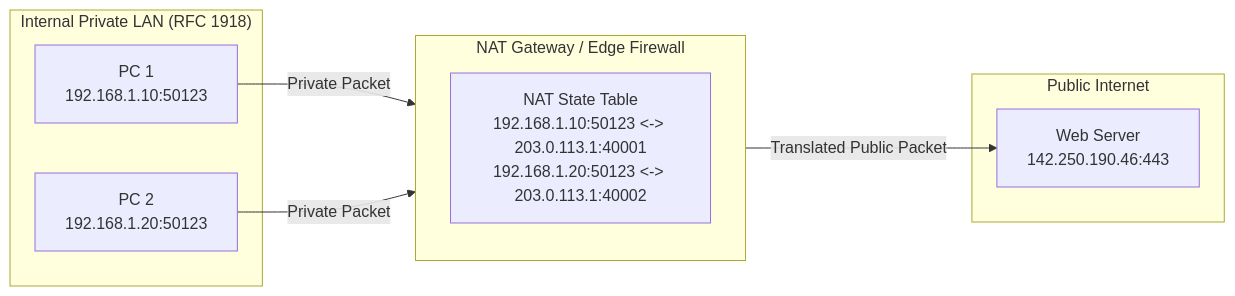
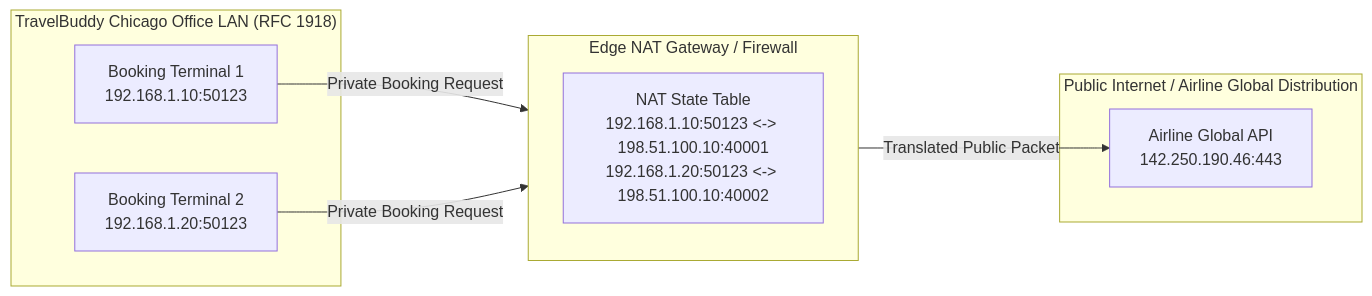
The second of 5 diagrams in content/docs/computer-networking/03-ip-addressing-and-routing/02-dhcp-nat-ipv6-interfaces.mdx (1345AbhishekKumar/cs-cookbook), drawn with Mermaid before and after one commit. The commit also changed other lines of this file and 124 other files, not shown here.

````diff
--- a/content/docs/computer-networking/03-ip-addressing-and-routing/02-dhcp-nat-ipv6-interfaces.mdx
+++ b/content/docs/computer-networking/03-ip-addressing-and-routing/02-dhcp-nat-ipv6-interfaces.mdx
@@ -105,19 +115,19 @@
 ```mermaid
 flowchart LR
-    subgraph LAN ["Internal Private LAN (RFC 1918)"]
-        PC1["PC 1<br/>192.168.1.10:50123"]
-        PC2["PC 2<br/>192.168.1.20:50123"]
+    subgraph LAN ["TravelBuddy Chicago Office LAN (RFC 1918)"]
+        PC1["Booking Terminal 1<br/>192.168.1.10:50123"]
+        PC2["Booking Terminal 2<br/>192.168.1.20:50123"]
     end
 
-    subgraph ROUTER ["NAT Gateway / Edge Firewall"]
-        NAT_TAB["NAT State Table<br/>192.168.1.10:50123 <-> 203.0.113.1:40001<br/>192.168.1.20:50123 <-> 203.0.113.1:40002"]
+    subgraph ROUTER ["Edge NAT Gateway / Firewall"]
+        NAT_TAB["NAT State Table<br/>192.168.1.10:50123 <-> 198.51.100.10:40001<br/>192.168.1.20:50123 <-> 198.51.100.10:40002"]
     end
 
-    subgraph WAN ["Public Internet"]
-        WEB["Web Server<br/>142.250.190.46:443"]
+    subgraph WAN ["Public Internet / Airline Global Distribution"]
+        WEB["Airline Global API<br/>142.250.190.46:443"]
     end
 
-    PC1 -->|Private Packet| ROUTER
-    PC2 -->|Private Packet| ROUTER
+    PC1 -->|Private Booking Request| ROUTER
+    PC2 -->|Private Booking Request| ROUTER
     ROUTER -->|Translated Public Packet| WEB
 ```
````
